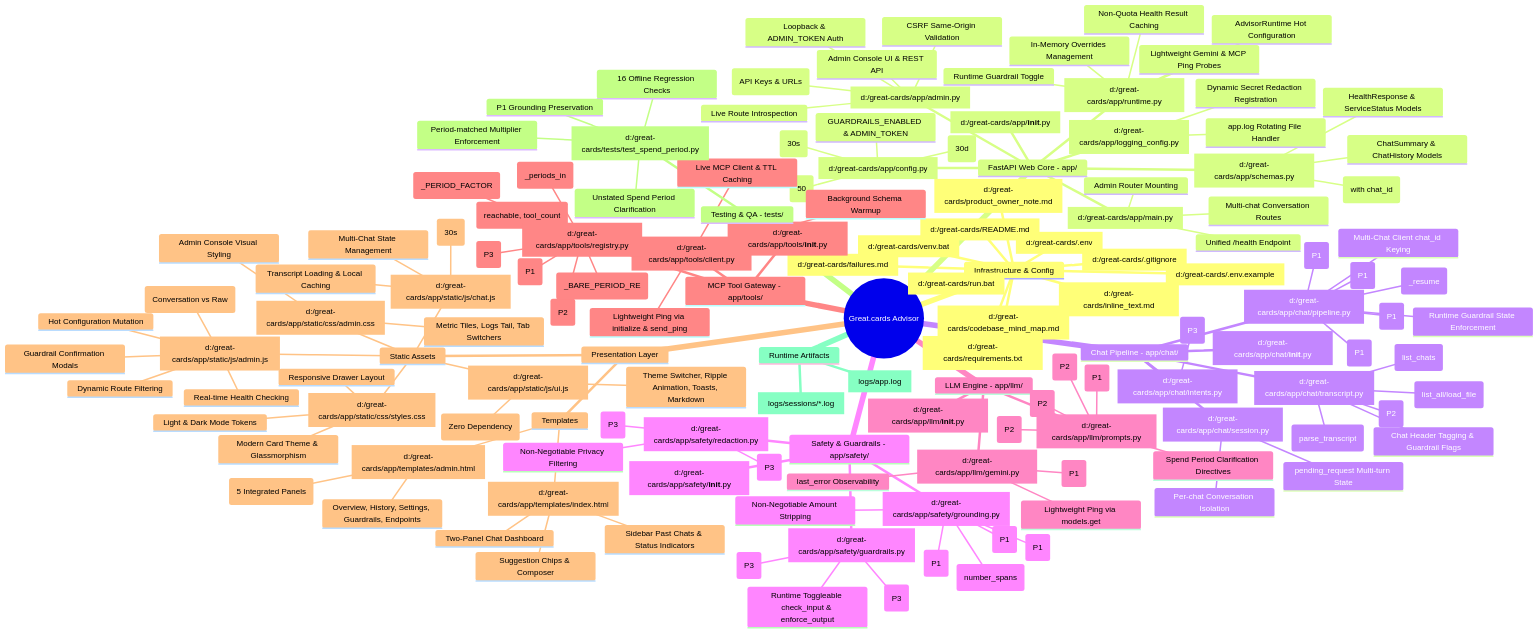
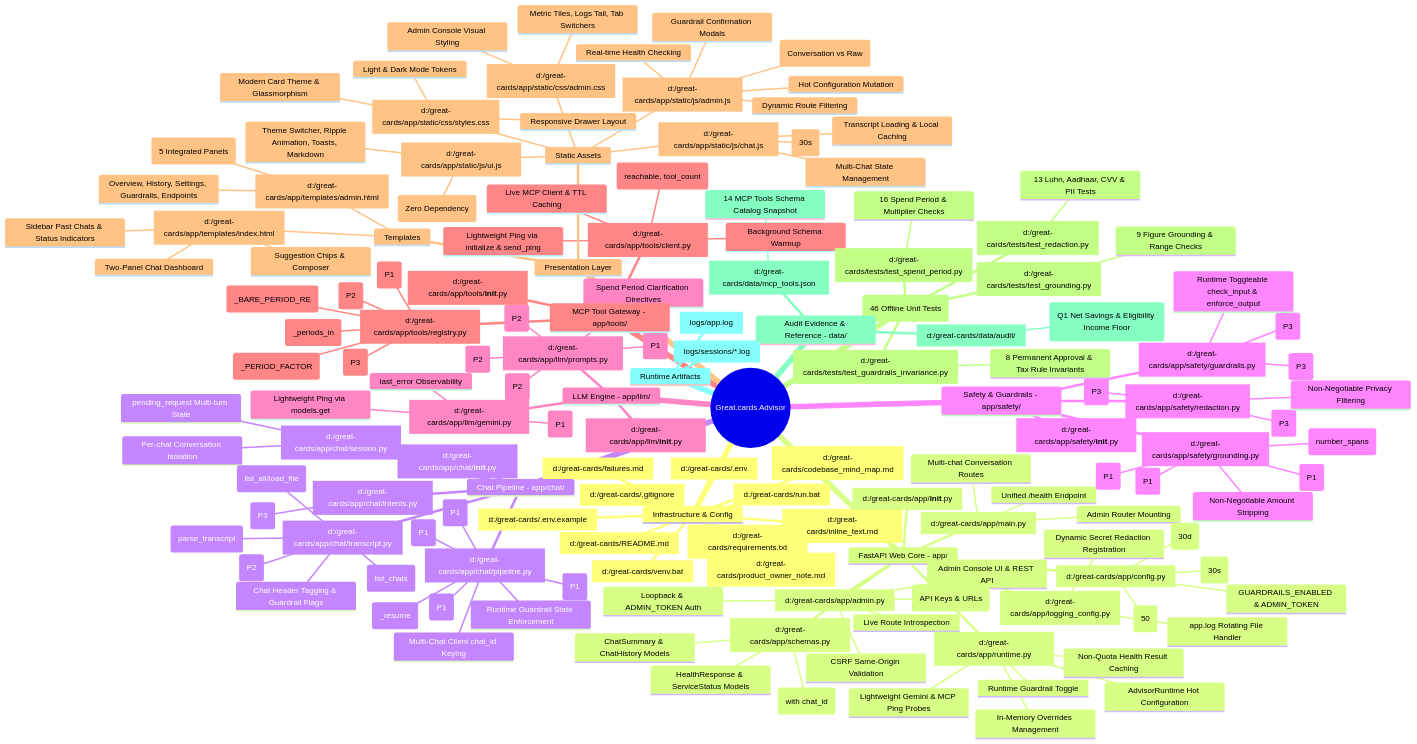
Before and after one commit to Saanvi2304/great-cards-advisor-assignment: the first of 2 diagrams in codebase_mind_map.md, drawn with Mermaid. The commit also changed other lines of this file and 20 other files, not shown here.

Commit message:
mcp server audit + json files

```diff
--- a/codebase_mind_map.md
+++ b/codebase_mind_map.md
@@ -148,12 +148,20 @@
           Hot Configuration Mutation
           Guardrail Confirmation Modals
           Dynamic Route Filtering
-    Testing & QA - tests/
+    Testing & QA - tests/ (46 Offline Unit Tests)
       [d:/great-cards/tests/test_spend_period.py]
-        16 Offline Regression Checks
-        Unstated Spend Period Clarification
-        Period-matched Multiplier Enforcement
-        P1 Grounding Preservation
+        16 Spend Period & Multiplier Checks
+      [d:/great-cards/tests/test_grounding.py]
+        9 Figure Grounding & Range Checks
+      [d:/great-cards/tests/test_guardrails_invariance.py]
+        8 Permanent Approval & Tax Rule Invariants
+      [d:/great-cards/tests/test_redaction.py]
+        13 Luhn, Aadhaar, CVV & PII Tests
+    Audit Evidence & Reference - data/
+      [d:/great-cards/data/mcp_tools.json]
+        14 MCP Tools Schema Catalog Snapshot
+      [d:/great-cards/data/audit/]
+        Raw Live MCP Responses (Q1 Net Savings & Eligibility Income Floor)
     Runtime Artifacts
       [logs/app.log]
       [logs/sessions/*.log]
```
